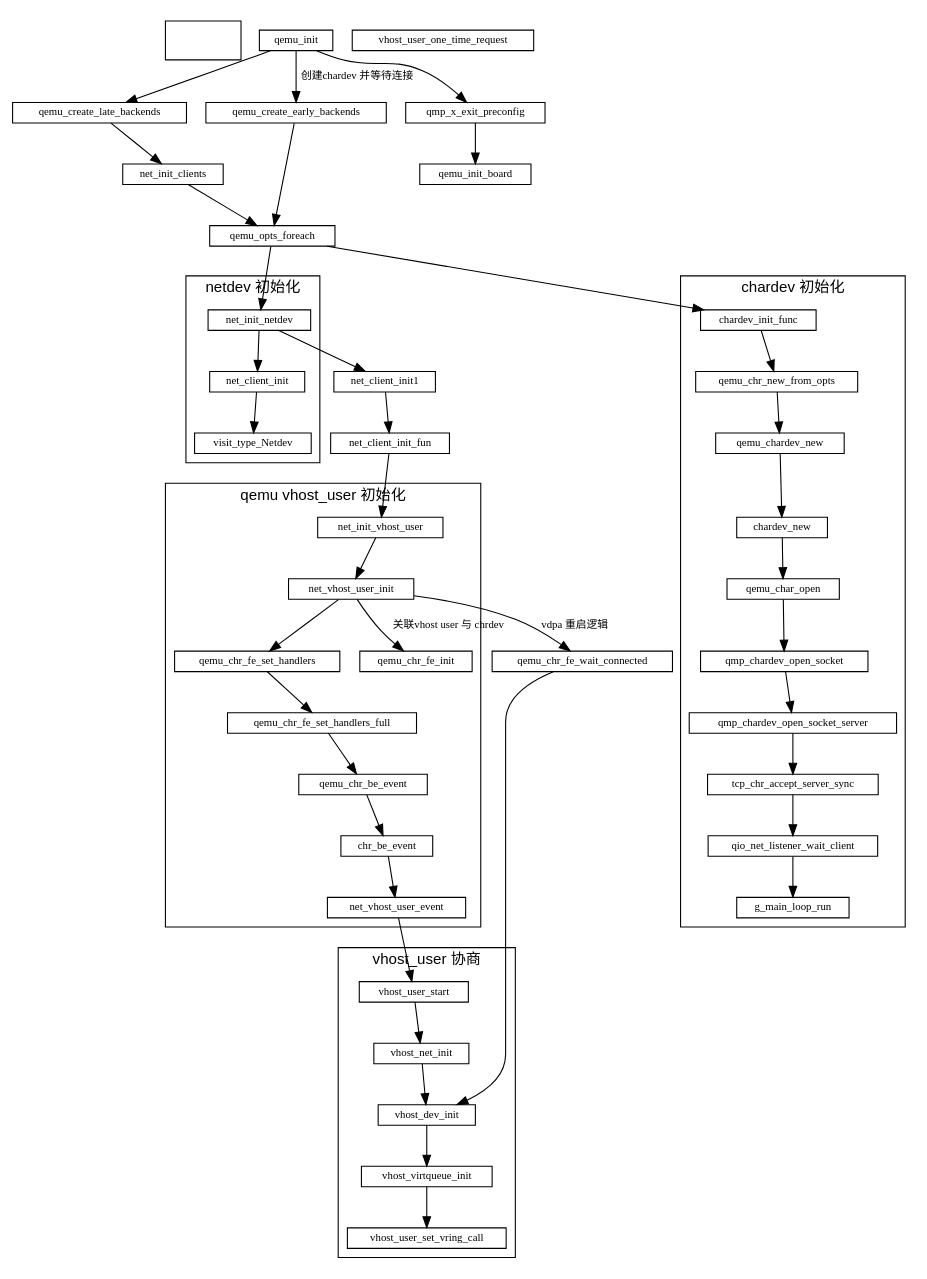
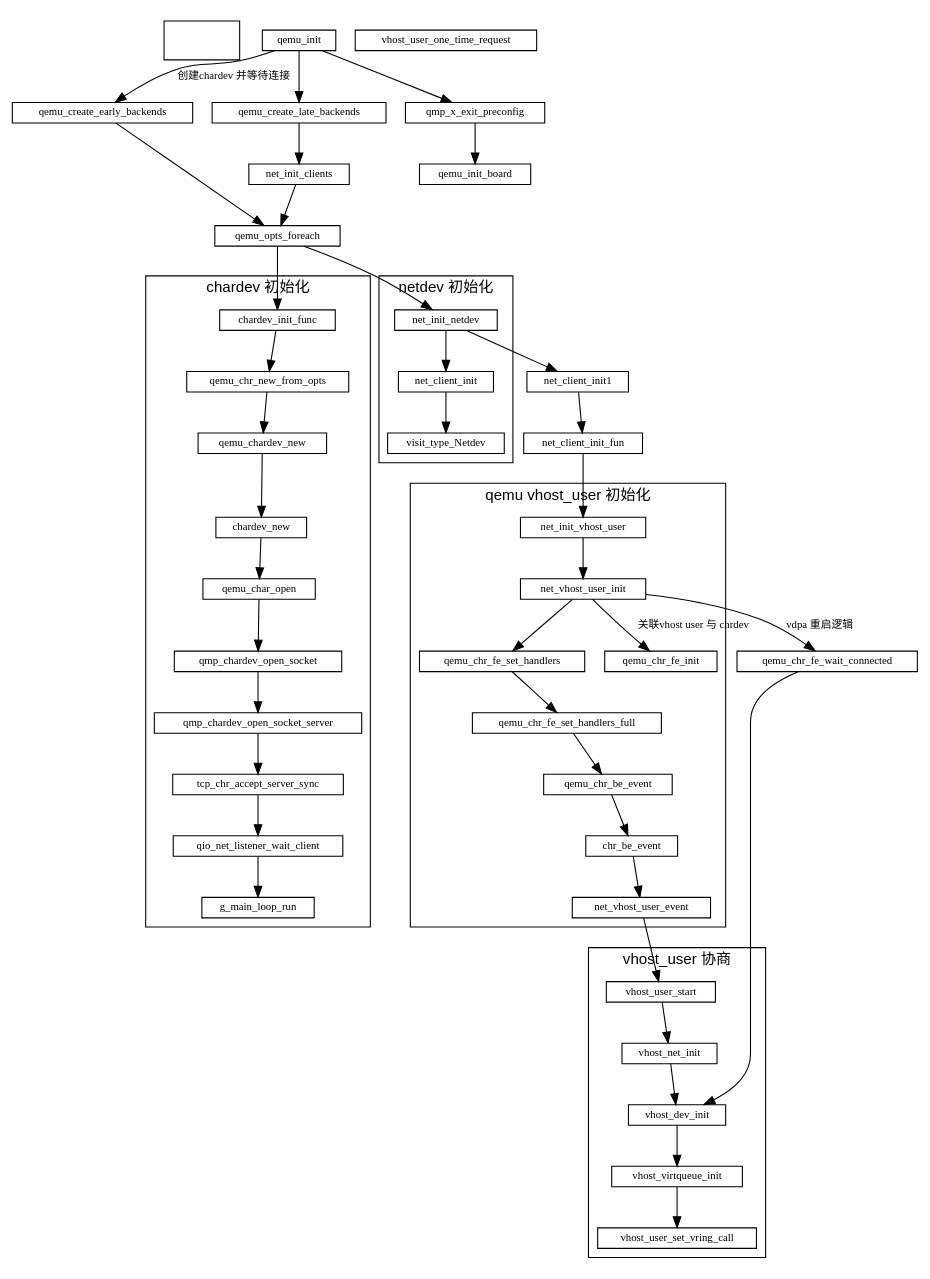
The diagram in qemu/qemu初始化.md (sisyphus1212/note), drawn with Graphviz before and after one commit. The commit also changed other lines of this file, not shown here.

```diff
--- a/qemu/qemu初始化.md
+++ b/qemu/qemu初始化.md
@@ -21,7 +21,10 @@
         cluster=true
         fd  [style = invis]
     }
-
+    qemu_init -> qemu_create_early_backends[label="创建chardev 并等待连接"]
+                 qemu_create_early_backends
+              -> qemu_opts_foreach
+              -> chardev_init_func
     qemu_init -> qemu_create_late_backends
               -> net_init_clients
               -> qemu_opts_foreach
@@ -30,10 +33,7 @@
               -> net_client_init_fun
               -> net_init_vhost_user
 
-    qemu_init -> qemu_create_early_backends[label="创建chardev 并等待连接"]
-                 qemu_create_early_backends
-              -> qemu_opts_foreach
-              -> chardev_init_func
+
 
     net_vhost_user_init -> qemu_chr_fe_wait_connected[label="vdpa 重启逻辑"]
               qemu_chr_fe_wait_connected
```
